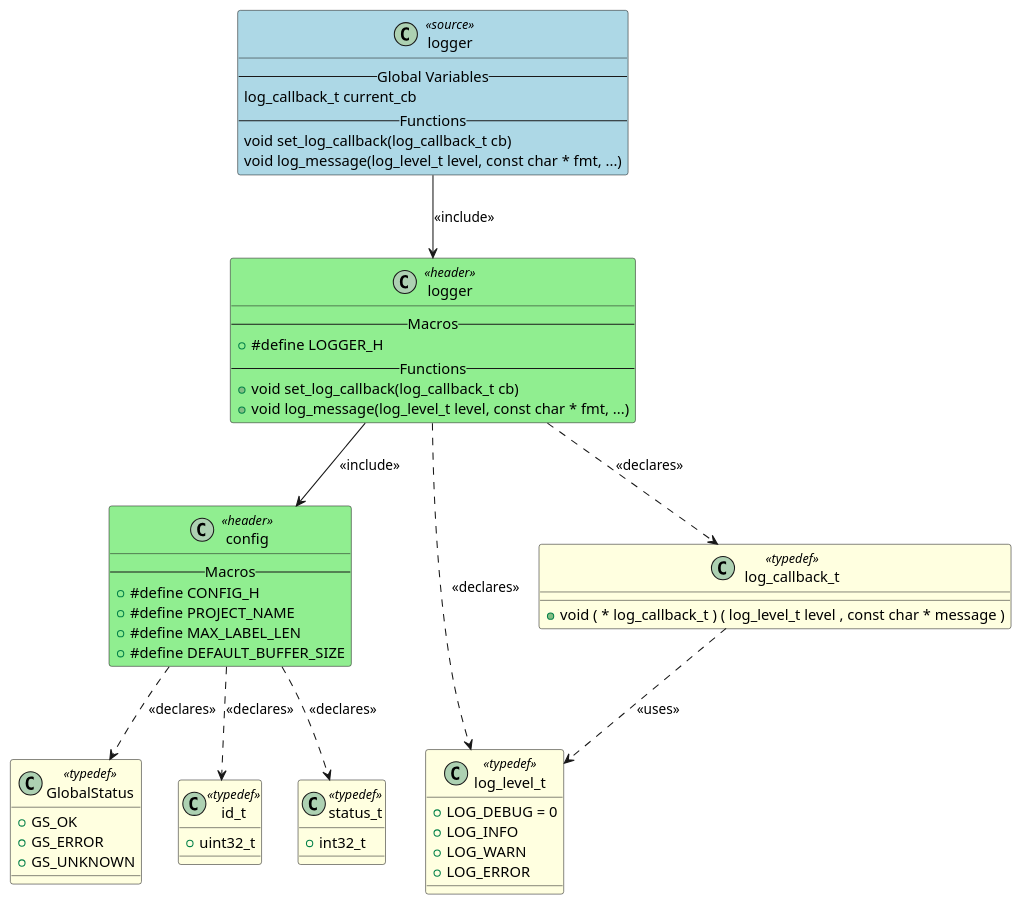
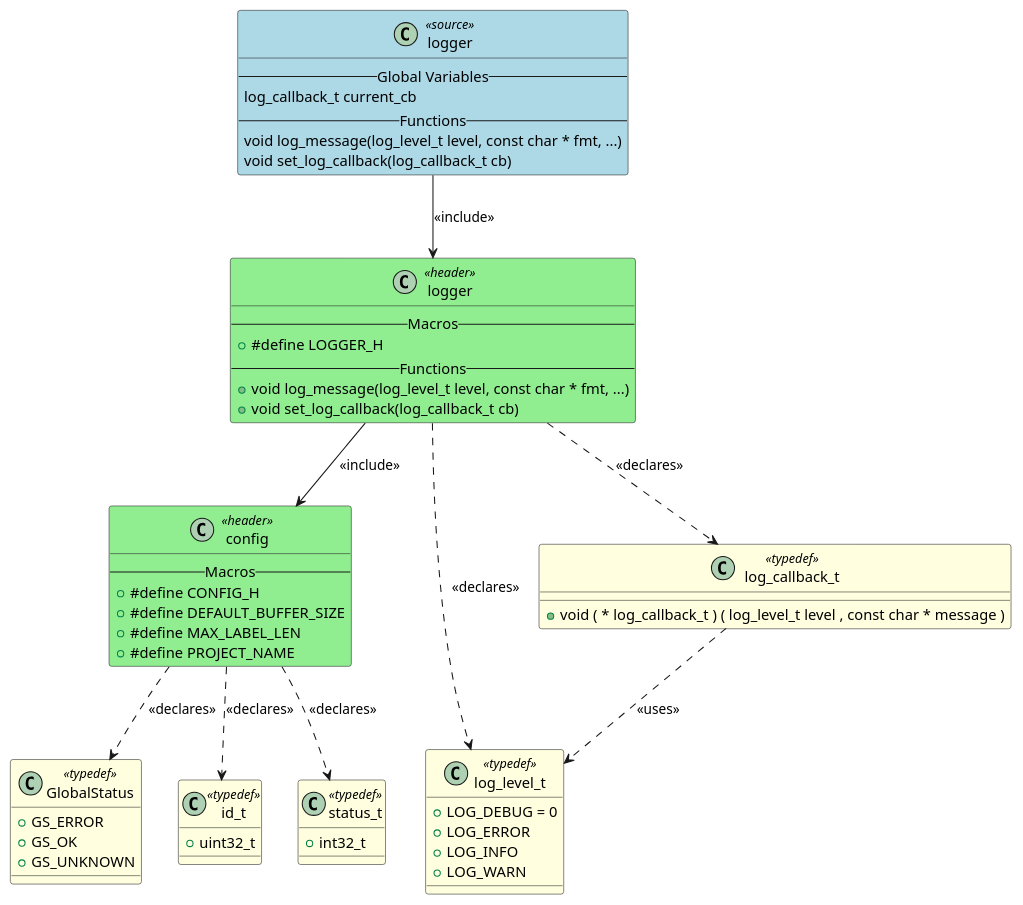
One commit to fischerjooo/c2puml changed the diagram in output/logger.puml. Above: the diagram before and after it, drawn with PlantUML. The commit also changed other lines of this file and 18 other files, not shown here.

```diff
--- a/output/logger.puml
+++ b/output/logger.puml
@@ -1,75 +1,75 @@
 @startuml logger
 
 class "logger" as LOGGER <<source>> #LightBlue
 {
     -- Global Variables --
     log_callback_t current_cb
     -- Functions --
+    void log_message(log_level_t level, const char * fmt, ...)
     void set_log_callback(log_callback_t cb)
-    void log_message(log_level_t level, const char * fmt, ...)
+}
+
+class "config" as HEADER_CONFIG <<header>> #LightGreen
+{
+    -- Macros --
+    + #define CONFIG_H
+    + #define DEFAULT_BUFFER_SIZE
+    + #define MAX_LABEL_LEN
+    + #define PROJECT_NAME
 }
 
 class "logger" as HEADER_LOGGER <<header>> #LightGreen
 {
     -- Macros --
     + #define LOGGER_H
     -- Functions --
+    + void log_message(log_level_t level, const char * fmt, ...)
     + void set_log_callback(log_callback_t cb)
-    + void log_message(log_level_t level, const char * fmt, ...)
-}
-
-class "config" as HEADER_CONFIG <<header>> #LightGreen
-{
-    -- Macros --
-    + #define CONFIG_H
-    + #define PROJECT_NAME
-    + #define MAX_LABEL_LEN
-    + #define DEFAULT_BUFFER_SIZE
-}
-
-class "log_level_t" as TYPEDEF_LOG_LEVEL_T <<typedef>> #LightYellow
-{
-    + LOG_DEBUG = 0
-    + LOG_INFO
-    + LOG_WARN
-    + LOG_ERROR
-}
-
-class "log_callback_t" as TYPEDEF_LOG_CALLBACK_T <<typedef>> #LightYellow
-{
-    + void ( * log_callback_t ) ( log_level_t level , const char * message )
 }
 
 class "GlobalStatus" as TYPEDEF_GLOBALSTATUS <<typedef>> #LightYellow
 {
+    + GS_ERROR
     + GS_OK
-    + GS_ERROR
     + GS_UNKNOWN
 }
 
 class "id_t" as TYPEDEF_ID_T <<typedef>> #LightYellow
 {
     + uint32_t
 }
 
 class "status_t" as TYPEDEF_STATUS_T <<typedef>> #LightYellow
 {
     + int32_t
 }
 
+class "log_level_t" as TYPEDEF_LOG_LEVEL_T <<typedef>> #LightYellow
+{
+    + LOG_DEBUG = 0
+    + LOG_ERROR
+    + LOG_INFO
+    + LOG_WARN
+}
+
+class "log_callback_t" as TYPEDEF_LOG_CALLBACK_T <<typedef>> #LightYellow
+{
+    + void ( * log_callback_t ) ( log_level_t level , const char * message )
+}
+
 
 ' Include relationships
 LOGGER --> HEADER_LOGGER : <<include>>
 HEADER_LOGGER --> HEADER_CONFIG : <<include>>
 
 ' Declaration relationships
-HEADER_LOGGER ..> TYPEDEF_LOG_LEVEL_T : <<declares>>
-HEADER_LOGGER ..> TYPEDEF_LOG_CALLBACK_T : <<declares>>
 HEADER_CONFIG ..> TYPEDEF_GLOBALSTATUS : <<declares>>
 HEADER_CONFIG ..> TYPEDEF_ID_T : <<declares>>
 HEADER_CONFIG ..> TYPEDEF_STATUS_T : <<declares>>
+HEADER_LOGGER ..> TYPEDEF_LOG_LEVEL_T : <<declares>>
+HEADER_LOGGER ..> TYPEDEF_LOG_CALLBACK_T : <<declares>>
 
 ' Uses relationships
 TYPEDEF_LOG_CALLBACK_T ..> TYPEDEF_LOG_LEVEL_T : <<uses>>
 
 @enduml
```
